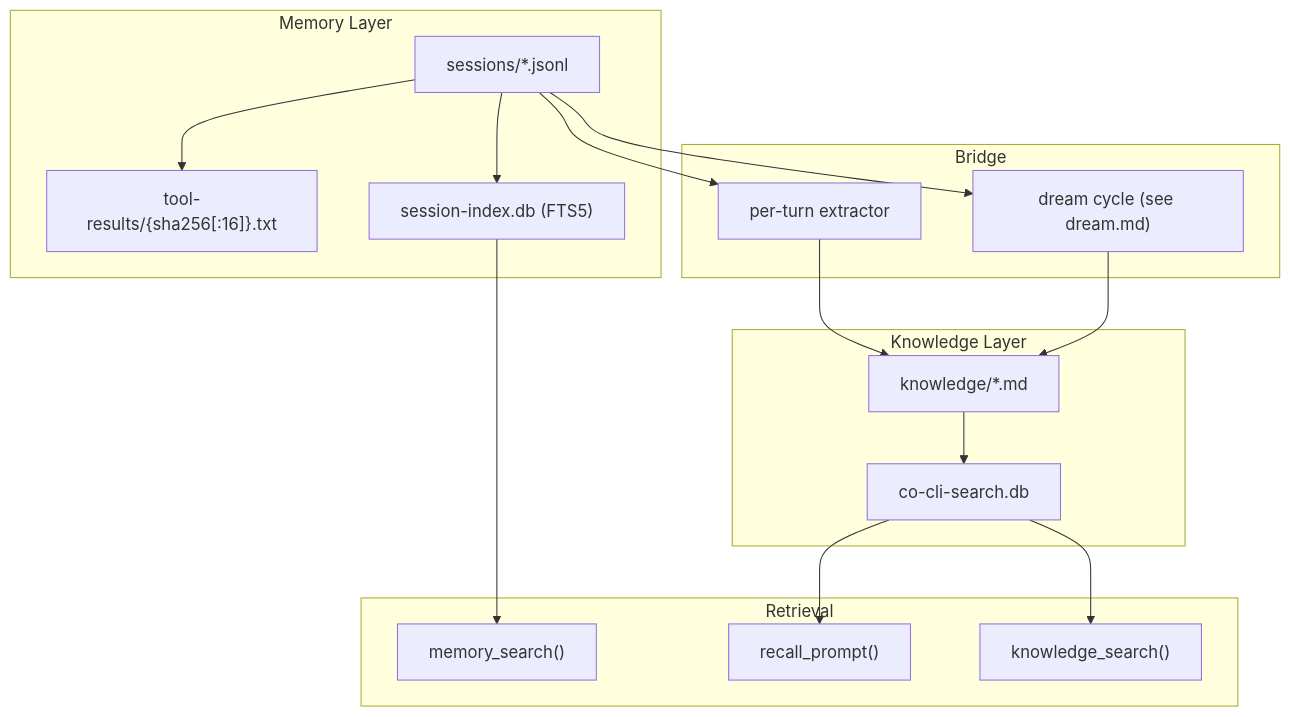
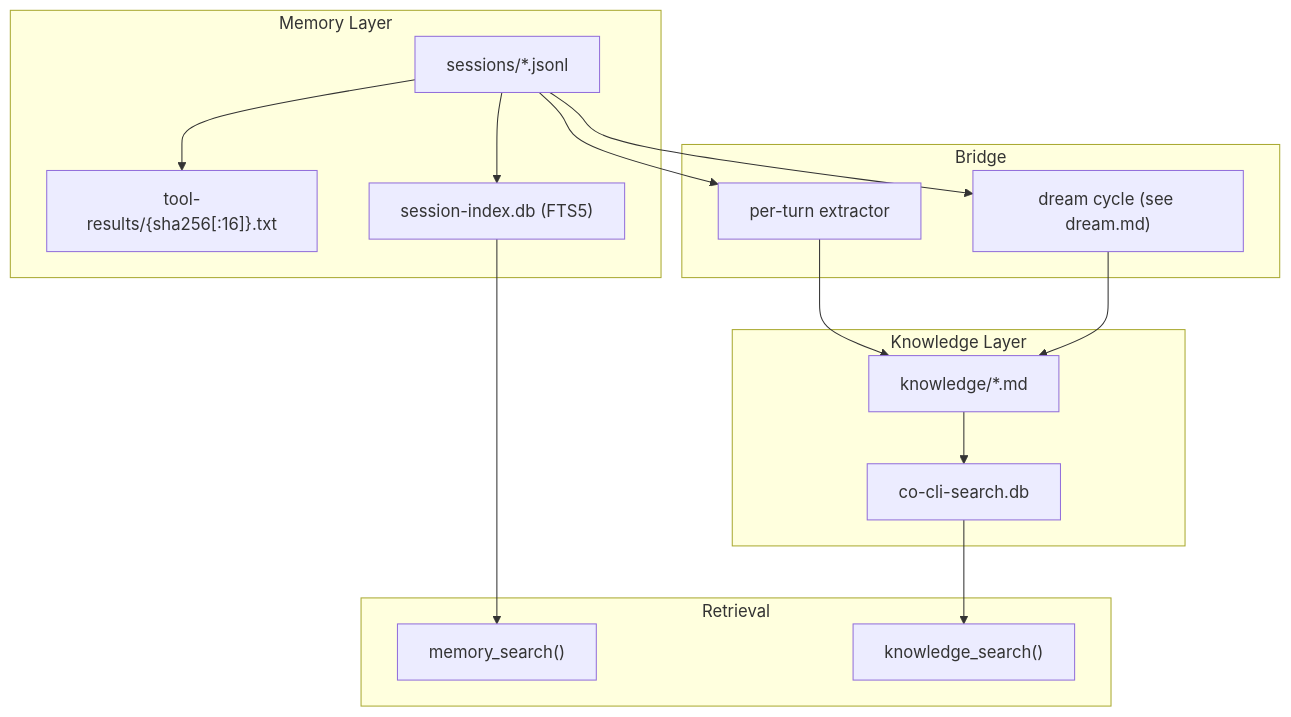
The diagram in docs/specs/memory-knowledge.md (binlecode/co-cli), drawn with Mermaid before and after one commit. The commit also changed other lines of this file and 22 other files, not shown here.

````diff
--- a/docs/specs/memory-knowledge.md
+++ b/docs/specs/memory-knowledge.md
@@ -38,35 +38,33 @@
 ```mermaid
 flowchart TD
     subgraph Memory["Memory Layer"]
         Sessions["sessions/*.jsonl"]
         Spill["tool-results/{sha256[:16]}.txt"]
         SessionIdx["session-index.db (FTS5)"]
     end
 
     subgraph Bridge["Bridge"]
         Extractor["per-turn extractor"]
         Dream["dream cycle (see dream.md)"]
     end
 
     subgraph Knowledge["Knowledge Layer"]
         KDir["knowledge/*.md"]
         SearchDB["co-cli-search.db"]
     end
 
     subgraph Recall["Retrieval"]
         MemorySearch["memory_search()"]
-        TurnRecall["recall_prompt()"]
         KnowledgeSearch["knowledge_search()"]
     end
 
     Sessions --> SessionIdx
     Sessions --> Extractor
     Sessions --> Dream
     Sessions --> Spill
     Extractor --> KDir
     Dream --> KDir
     KDir --> SearchDB
     SessionIdx --> MemorySearch
-    SearchDB --> TurnRecall
     SearchDB --> KnowledgeSearch
 ```
````
